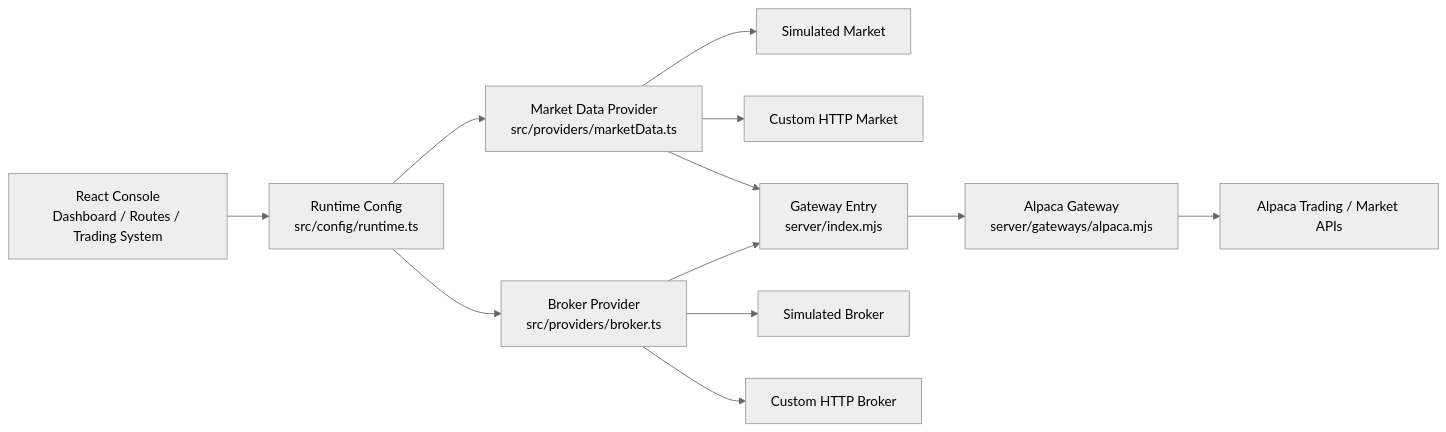
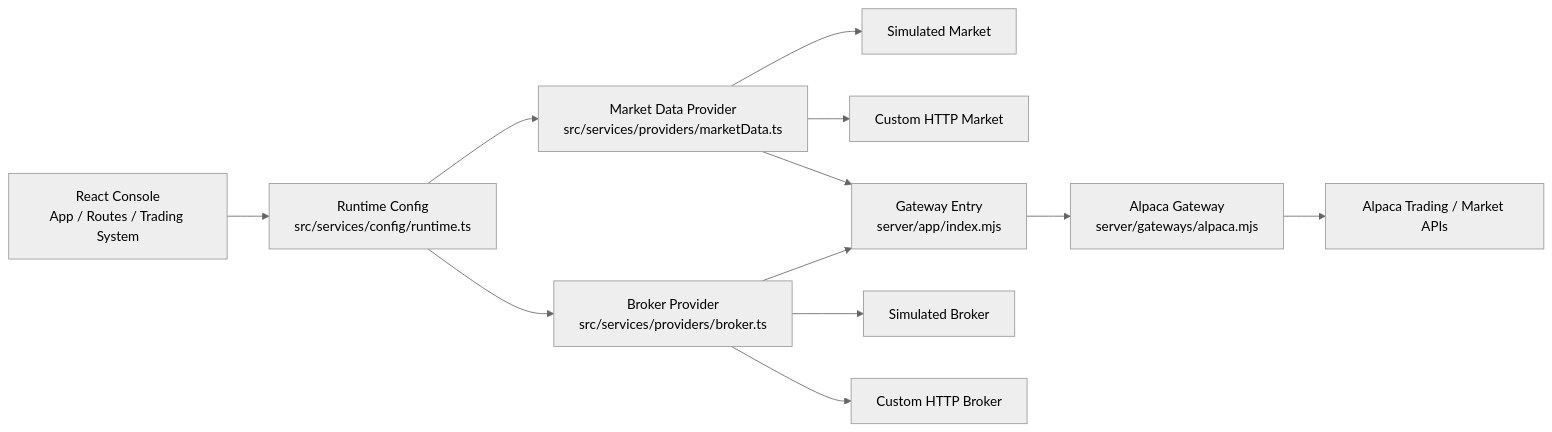
Before and after one commit to rogerdigital/quantpilot: the diagram in README.md, drawn with Mermaid (neutral theme). The commit also changed other lines of this file and 45 other files, not shown here.

````diff
--- a/README.md
+++ b/README.md
@@ -59,17 +59,17 @@
 ```mermaid
 flowchart LR
-    UI["React Console<br/>Dashboard / Routes / Trading System"] --> CFG["Runtime Config<br/>src/config/runtime.ts"]
-    CFG --> MKT["Market Data Provider<br/>src/providers/marketData.ts"]
-    CFG --> BRK["Broker Provider<br/>src/providers/broker.ts"]
+    UI["React Console<br/>App / Routes / Trading System"] --> CFG["Runtime Config<br/>src/services/config/runtime.ts"]
+    CFG --> MKT["Market Data Provider<br/>src/services/providers/marketData.ts"]
+    CFG --> BRK["Broker Provider<br/>src/services/providers/broker.ts"]
 
     MKT --> SIMM["Simulated Market"]
     MKT --> HTTPM["Custom HTTP Market"]
-    MKT --> GW["Gateway Entry<br/>server/index.mjs"]
+    MKT --> GW["Gateway Entry<br/>server/app/index.mjs"]
 
     BRK --> SIMB["Simulated Broker"]
     BRK --> HTTPB["Custom HTTP Broker"]
     BRK --> GW
 
     GW --> ALP["Alpaca Gateway<br/>server/gateways/alpaca.mjs"]
     ALP --> EXT["Alpaca Trading / Market APIs"]
 ```
````
